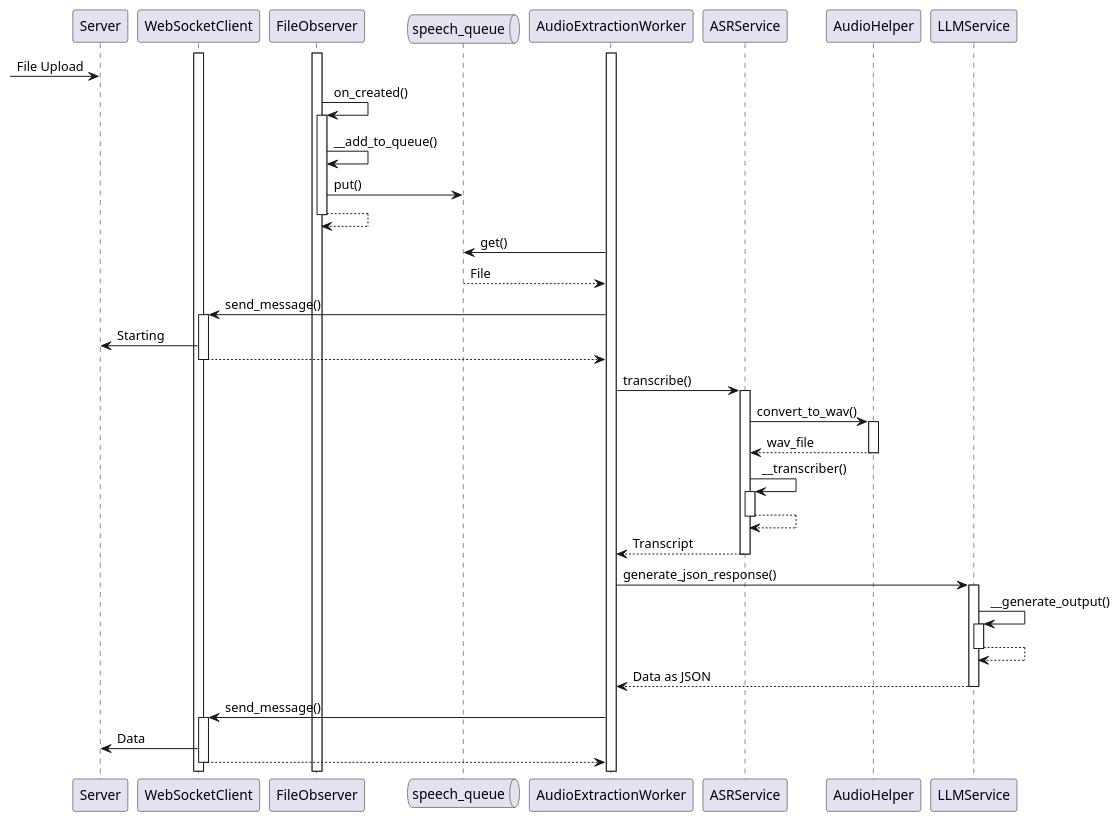
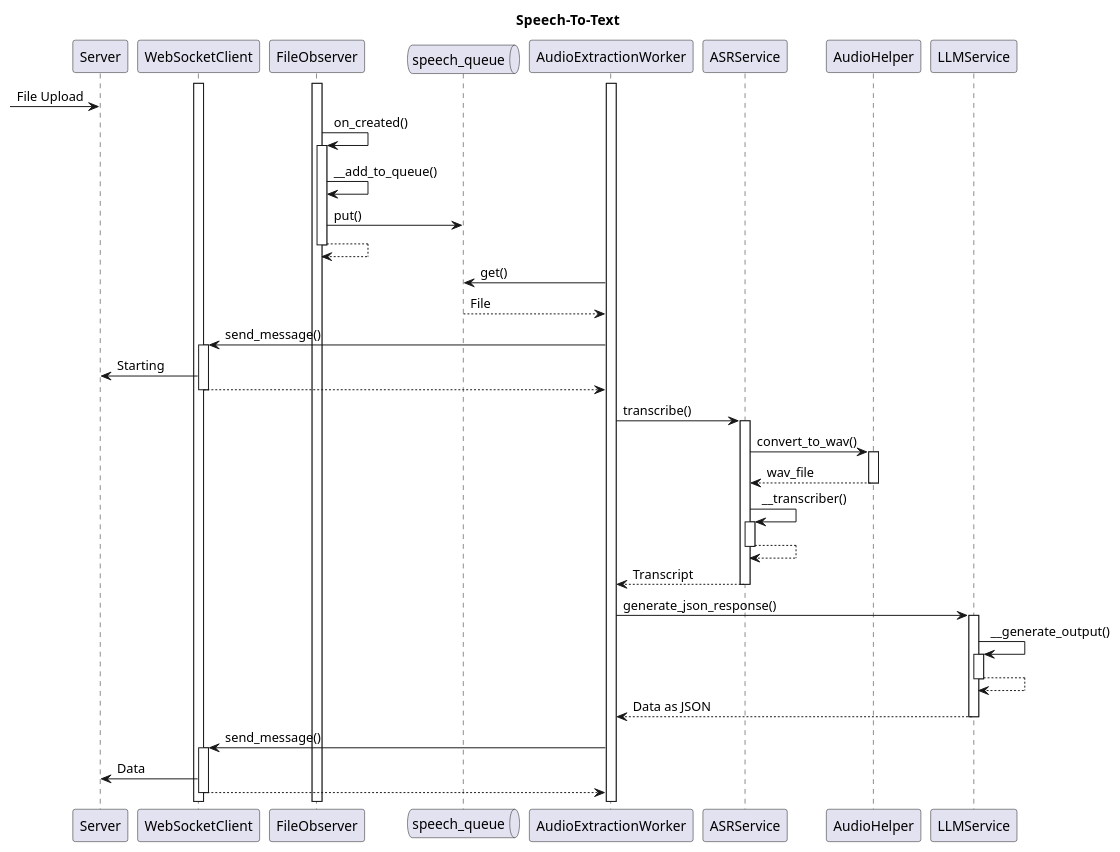
One commit to AnelD/speech_recognition changed the diagram in uml/stt_sequence.puml. Above: the diagram before and after it, drawn with PlantUML. The commit also changed 1 other file, not shown here.

```diff
--- a/uml/stt_sequence.puml
+++ b/uml/stt_sequence.puml
@@ -1,56 +1,57 @@
 @startuml
+title Speech-To-Text
 
 participant Server
 participant WebSocketClient
 participant FileObserver
 queue speech_queue
 participant AudioExtractionWorker
 participant ASRService
 participant AudioHelper
 participant LLMService
 
 
 activate WebSocketClient
 activate AudioExtractionWorker
 activate FileObserver
  -> Server : File Upload
 FileObserver -> FileObserver : on_created()
 activate FileObserver
 FileObserver -> FileObserver : __add_to_queue()
 FileObserver -> speech_queue : put()
 return
 
 AudioExtractionWorker -> speech_queue : get()
 return File
 AudioExtractionWorker -> WebSocketClient : send_message()
 activate WebSocketClient
 WebSocketClient -> Server : Starting
 return
 
 AudioExtractionWorker -> ASRService : transcribe()
 activate ASRService
 ASRService -> AudioHelper : convert_to_wav()
 activate AudioHelper
 return wav_file
 ASRService -> ASRService : __transcriber()
 activate ASRService
 return
 return Transcript
 
 AudioExtractionWorker -> LLMService : generate_json_response()
 activate LLMService
 LLMService -> LLMService : __generate_output()
 activate LLMService
 return
 return Data as JSON
 
 AudioExtractionWorker -> WebSocketClient : send_message()
 activate WebSocketClient
 WebSocketClient -> Server : Data
 return
 
 
 
 
 
 @enduml
```
